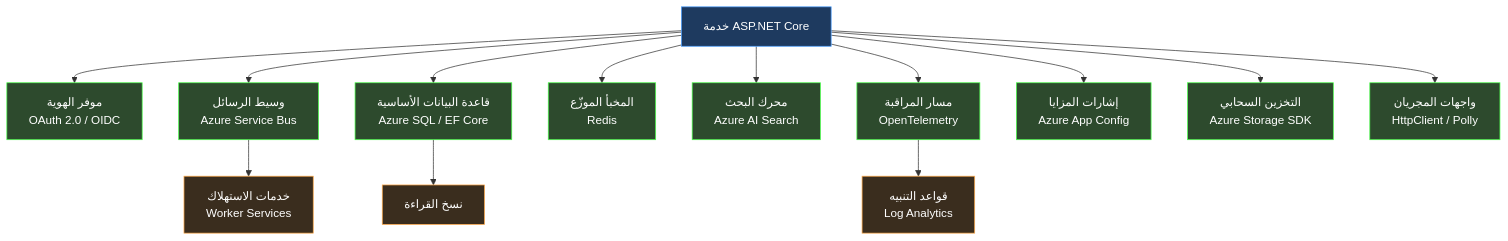
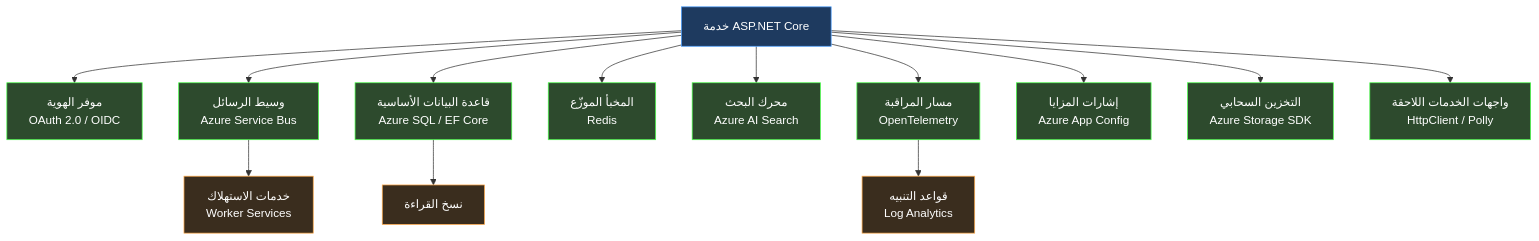
The diagram in book/chapters/Chapter-01/sections/section-01.ar.md (TarekNajem04/AI-Assisted-Professional-Engineering-with-.NET), drawn with Mermaid before and after one commit. The commit also changed other lines of this file and 9 other files, not shown here.

````diff
--- a/book/chapters/Chapter-01/sections/section-01.ar.md
+++ b/book/chapters/Chapter-01/sections/section-01.ar.md
@@ -27,30 +27,30 @@
 ```mermaid id="diagram-01-01"
 graph TD
     A[خدمة ASP.NET Core] --> B[موفر الهوية<br/>OAuth 2.0 / OIDC]
     A --> C[وسيط الرسائل<br/>Azure Service Bus]
     A --> D[قاعدة البيانات الأساسية<br/>Azure SQL / EF Core]
     A --> E[المخبأ الموزّع<br/>Redis]
     A --> F[محرك البحث<br/>Azure AI Search]
     A --> G[مسار المراقبة<br/>OpenTelemetry]
     A --> H[إشارات المزايا<br/>Azure App Config]
     A --> I[التخزين السحابي<br/>Azure Storage SDK]
-    A --> J[واجهات المجريان<br/>HttpClient / Polly]
+    A --> J[واجهات الخدمات اللاحقة<br/>HttpClient / Polly]
 
     C --> K[خدمات الاستهلاك<br/>Worker Services]
     D --> L[نسخ القراءة]
     G --> M[قواعد التنبيه<br/>Log Analytics]
 
     style A fill:#1e3a5f,color:#fff,stroke:#4a9eff
     style B fill:#2d4a2d,color:#fff,stroke:#4aff4a
     style C fill:#2d4a2d,color:#fff,stroke:#4aff4a
     style D fill:#2d4a2d,color:#fff,stroke:#4aff4a
     style E fill:#2d4a2d,color:#fff,stroke:#4aff4a
     style F fill:#2d4a2d,color:#fff,stroke:#4aff4a
     style G fill:#2d4a2d,color:#fff,stroke:#4aff4a
     style H fill:#2d4a2d,color:#fff,stroke:#4aff4a
     style I fill:#2d4a2d,color:#fff,stroke:#4aff4a
     style J fill:#2d4a2d,color:#fff,stroke:#4aff4a
     style K fill:#3a2d1e,color:#fff,stroke:#ffaa4a
     style L fill:#3a2d1e,color:#fff,stroke:#ffaa4a
     style M fill:#3a2d1e,color:#fff,stroke:#ffaa4a
 ```
````
